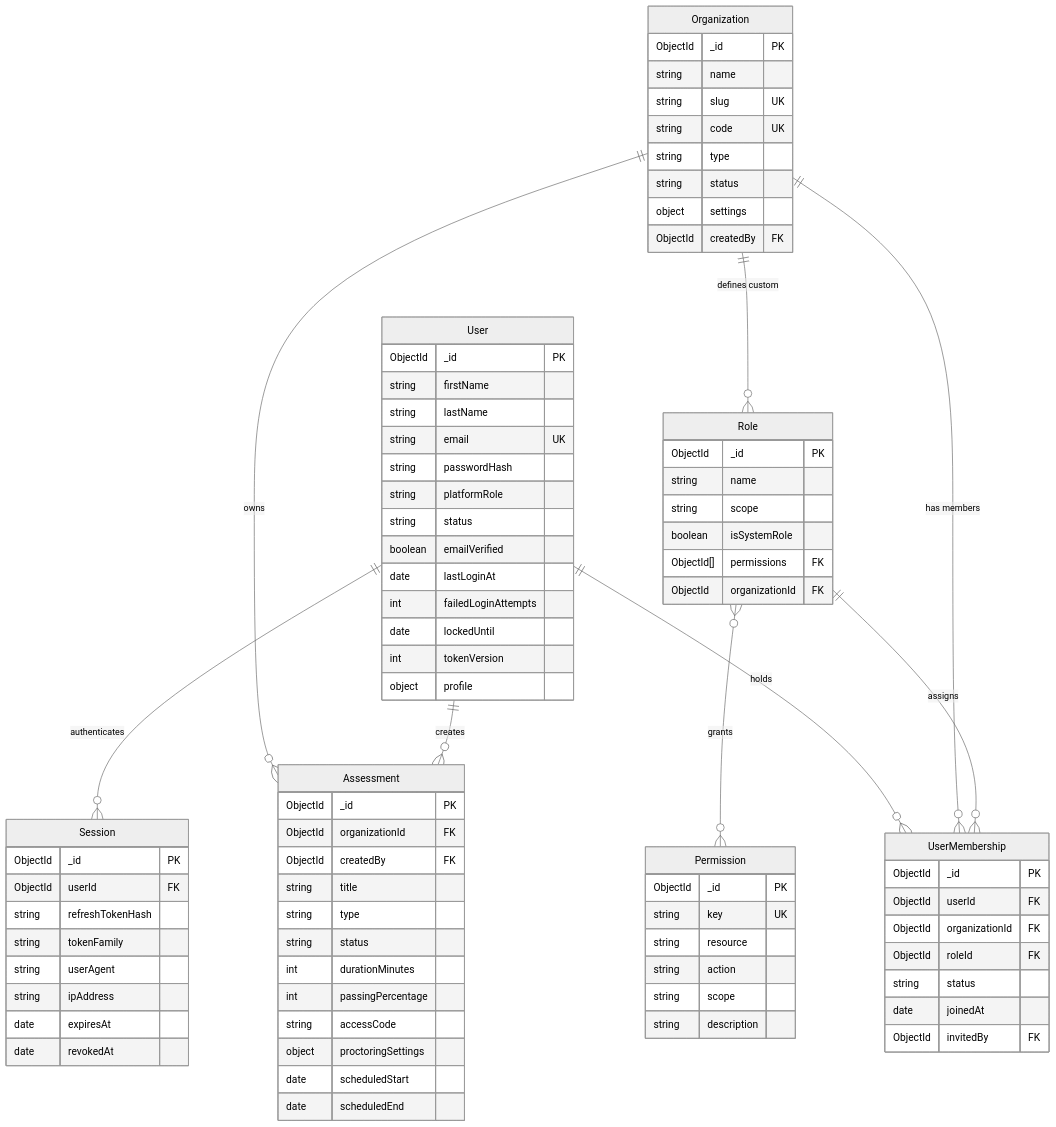
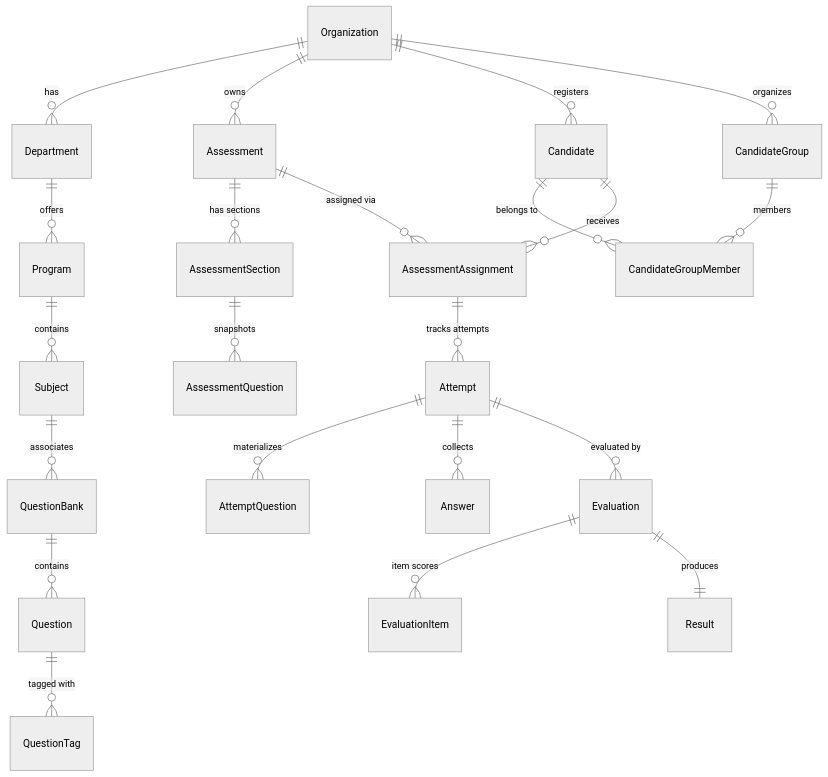
One commit to shaheerali838/SecureAssess changed the diagram in docs/DATA_MODEL.md. Above: the diagram before and after it, drawn with Mermaid (neutral theme). The commit also changed other lines of this file and 7 other files, not shown here.

````diff
--- a/docs/DATA_MODEL.md
+++ b/docs/DATA_MODEL.md
@@ -19,92 +9,30 @@
 ```mermaid
 erDiagram
-    User ||--o{ UserMembership : "holds"
-    Organization ||--o{ UserMembership : "has members"
-    Role ||--o{ UserMembership : "assigns"
-    Role }o--o{ Permission : "grants"
-    User ||--o{ Session : "authenticates"
+    Organization ||--o{ Department : "has"
+    Department ||--o{ Program : "offers"
+    Program ||--o{ Subject : "contains"
+    Subject ||--o{ QuestionBank : "associates"
+    
+    QuestionBank ||--o{ Question : "contains"
+    Question ||--o{ QuestionTag : "tagged with"
+    
     Organization ||--o{ Assessment : "owns"
-    User ||--o{ Assessment : "creates"
-    Organization ||--o{ Role : "defines custom"
-
-    User {
-        ObjectId _id PK
-        string firstName
-        string lastName
-        string email UK
-        string passwordHash
-        string platformRole
-        string status
-        boolean emailVerified
-        date lastLoginAt
-        int failedLoginAttempts
-        date lockedUntil
-        int tokenVersion
-        object profile
-    }
-
-    UserMembership {
-        ObjectId _id PK
-        ObjectId userId FK
-        ObjectId organizationId FK
-        ObjectId roleId FK
-        string status
-        date joinedAt
-        ObjectId invitedBy FK
-    }
-
-    Session {
-        ObjectId _id PK
-        ObjectId userId FK
-        string refreshTokenHash
-        string tokenFamily
-        string userAgent
-        string ipAddress
-        date expiresAt
-        date revokedAt
-    }
-
-    Organization {
-        ObjectId _id PK
-        string name
-        string slug UK
-        string code UK
-        string type
-        string status
-        object settings
-        ObjectId createdBy FK
-    }
-
-    Role {
-        ObjectId _id PK
-        string name
-        string scope
-        boolean isSystemRole
-        ObjectId[] permissions FK
-        ObjectId organizationId FK
-    }
-
-    Permission {
-        ObjectId _id PK
-        string key UK
-        string resource
-        string action
-        string scope
-        string description
-    }
-
-    Assessment {
-        ObjectId _id PK
-        ObjectId organizationId FK
-        ObjectId createdBy FK
-        string title
-        string type
-        string status
-        int durationMinutes
-        int passingPercentage
-        string accessCode
-        object proctoringSettings
-        date scheduledStart
-        date scheduledEnd
-    }
+    Assessment ||--o{ AssessmentSection : "has sections"
+    AssessmentSection ||--o{ AssessmentQuestion : "snapshots"
+    
+    Organization ||--o{ Candidate : "registers"
+    Organization ||--o{ CandidateGroup : "organizes"
+    CandidateGroup ||--o{ CandidateGroupMember : "members"
+    Candidate ||--o{ CandidateGroupMember : "belongs to"
+    
+    Assessment ||--o{ AssessmentAssignment : "assigned via"
+    Candidate ||--o{ AssessmentAssignment : "receives"
+    
+    AssessmentAssignment ||--o{ Attempt : "tracks attempts"
+    Attempt ||--o{ AttemptQuestion : "materializes"
+    Attempt ||--o{ Answer : "collects"
+    
+    Attempt ||--o{ Evaluation : "evaluated by"
+    Evaluation ||--o{ EvaluationItem : "item scores"
+    Evaluation ||--|| Result : "produces"
 ```
````
